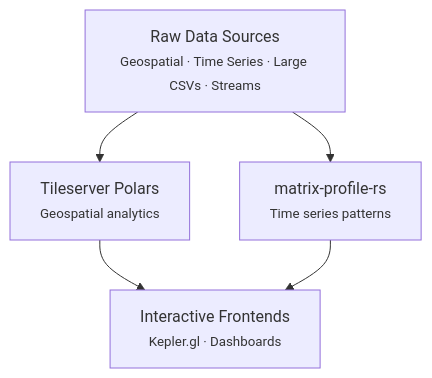
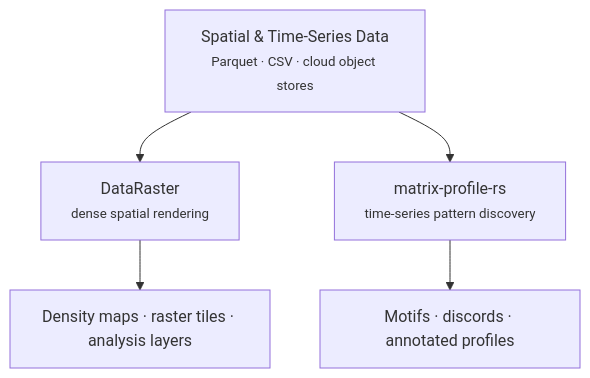
Before and after one commit to sk2/sk2.github.com: the diagram in data-analytics.md, drawn with Mermaid. The commit also changed other lines of this file and 81 other files, not shown here.

```diff
--- a/data-analytics.md
+++ b/data-analytics.md
@@ -38,8 +23,8 @@
 <div class="mermaid">
 flowchart TD
-    DS["Raw Data Sources<br/><small>Geospatial · Time Series · Large CSVs · Streams</small>"]
-    DS --> TS["Tileserver Polars<br/><small>Geospatial analytics</small>"]
-    DS --> MP["matrix-profile-rs<br/><small>Time series patterns</small>"]
-    TS --> FE["Interactive Frontends<br/><small>Kepler.gl · Dashboards</small>"]
-    MP --> FE
+    SRC["Spatial &amp; Time-Series Data<br/><small>Parquet · CSV · cloud object stores</small>"]
+    SRC --> DR["DataRaster<br/><small>dense spatial rendering</small>"]
+    SRC --> MP["matrix-profile-rs<br/><small>time-series pattern discovery</small>"]
+    DR --> O1["Density maps · raster tiles · analysis layers"]
+    MP --> O2["Motifs · discords · annotated profiles"]
 </div>
```
